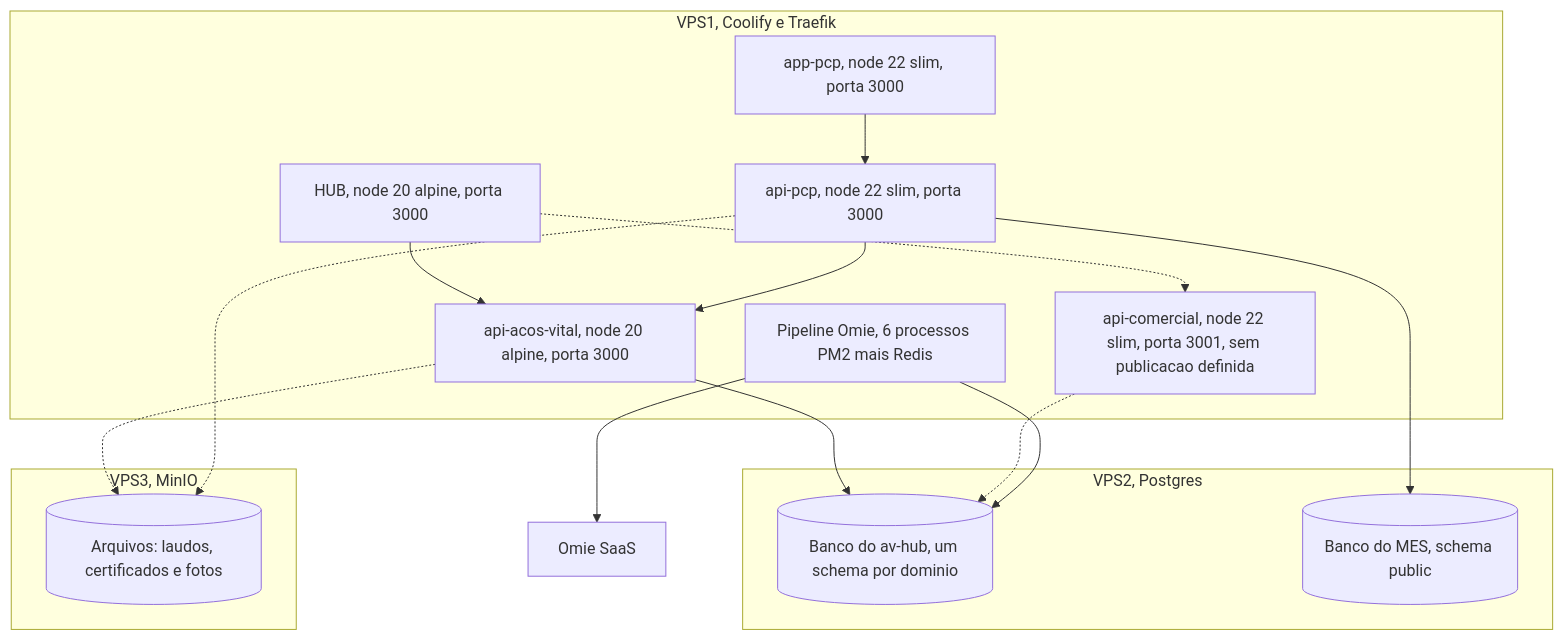
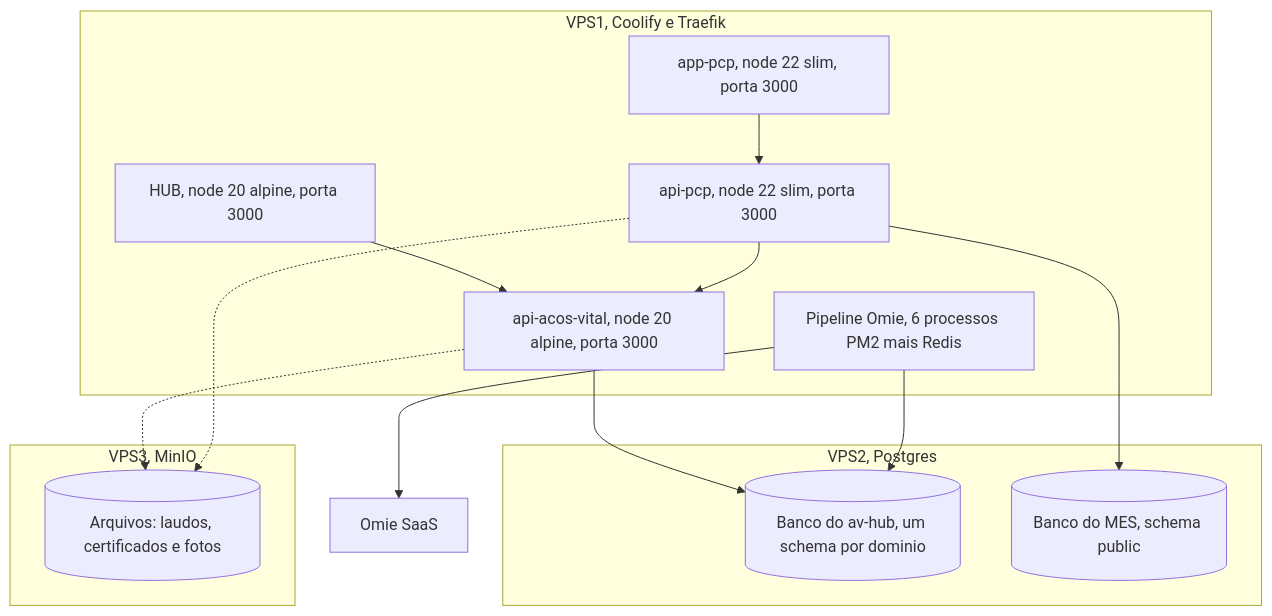
One commit to Acosvital/vault-avhub-mer changed the second of 4 diagrams in 09-Diagramas/Componentes-e-Implantacao.md. Above: the diagram before and after it, drawn with Mermaid. The commit also changed other lines of this file and 125 other files, not shown here.

````diff
--- a/09-Diagramas/Componentes-e-Implantacao.md
+++ b/09-Diagramas/Componentes-e-Implantacao.md
@@ -80,31 +73,28 @@
 ```mermaid
 flowchart TB
     subgraph VPS1["VPS1, Coolify e Traefik"]
         HUBC["HUB, node 20 alpine, porta 3000"]
         APIC["api-acos-vital, node 20 alpine, porta 3000"]
         MESBC["api-pcp, node 22 slim, porta 3000"]
         MESFC["app-pcp, node 22 slim, porta 3000"]
         PIPEC["Pipeline Omie, 6 processos PM2 mais Redis"]
-        COMC["api-comercial, node 22 slim, porta 3001, sem publicacao definida"]
     end
     subgraph VPS2["VPS2, Postgres"]
         PGAD[("Banco do av-hub, um schema por dominio")]
         PGMD[("Banco do MES, schema public")]
     end
     subgraph VPS3["VPS3, MinIO"]
         MINIOD[("Arquivos: laudos, certificados e fotos")]
     end
     OMIED["Omie SaaS"]
 
     HUBC --> APIC
-    HUBC -.-> COMC
     MESFC --> MESBC
     MESBC --> APIC
     APIC --> PGAD
-    COMC -.-> PGAD
     MESBC --> PGMD
     PIPEC --> PGAD
     PIPEC --> OMIED
     APIC -.-> MINIOD
     MESBC -.-> MINIOD
 ```
````
